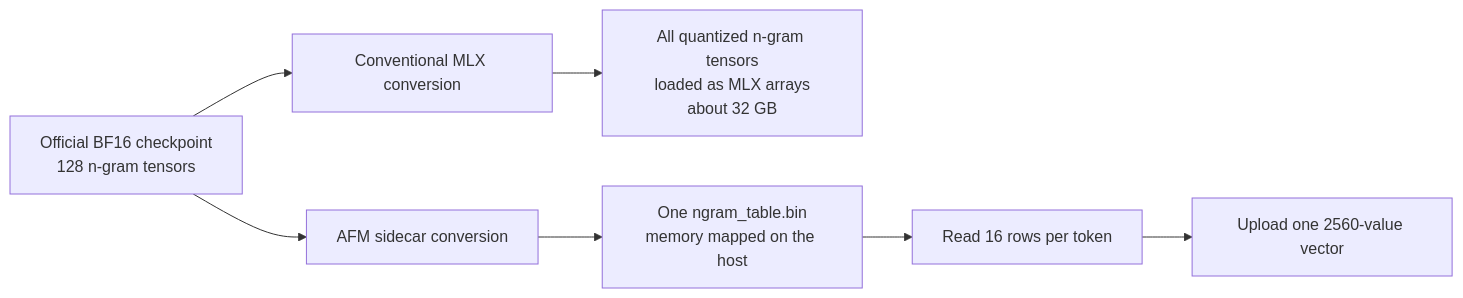
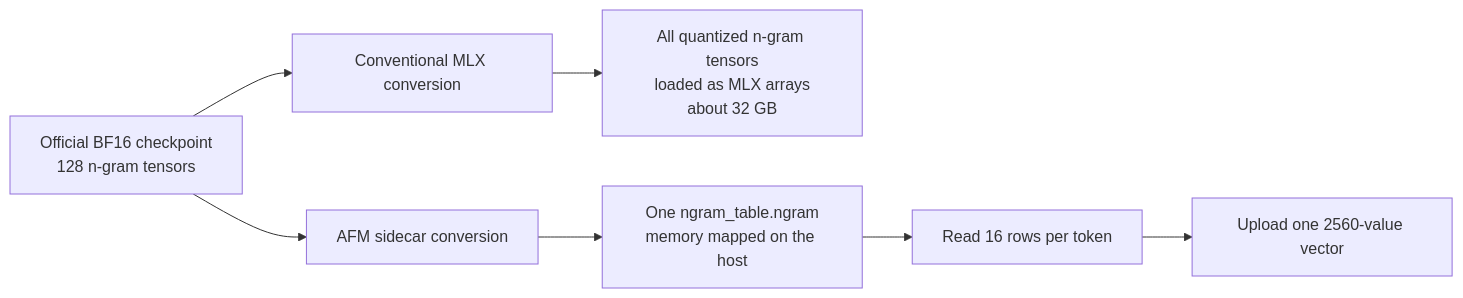
Before and after one commit to scouzi1966/AFMKit: the diagram in docs/QWEN_NEXT_CHECKPOINT_LAYOUT.md, drawn with Mermaid. The commit also changed other lines of this file and 2 other files, not shown here.

Commit message:
Use ngram extension for mapped Qwen tables

````diff
--- a/docs/QWEN_NEXT_CHECKPOINT_LAYOUT.md
+++ b/docs/QWEN_NEXT_CHECKPOINT_LAYOUT.md
@@ -15,9 +15,9 @@
 ```mermaid
 flowchart LR
     A[Official BF16 checkpoint\n128 n-gram tensors] --> B[Conventional MLX conversion]
     A --> C[AFM sidecar conversion]
     B --> D[All quantized n-gram tensors\nloaded as MLX arrays\nabout 32 GB]
-    C --> E[One ngram_table.bin\nmemory mapped on the host]
+    C --> E[One ngram_table.ngram\nmemory mapped on the host]
     E --> F[Read 16 rows per token]
     F --> G[Upload one 2560-value vector]
 ```
````
